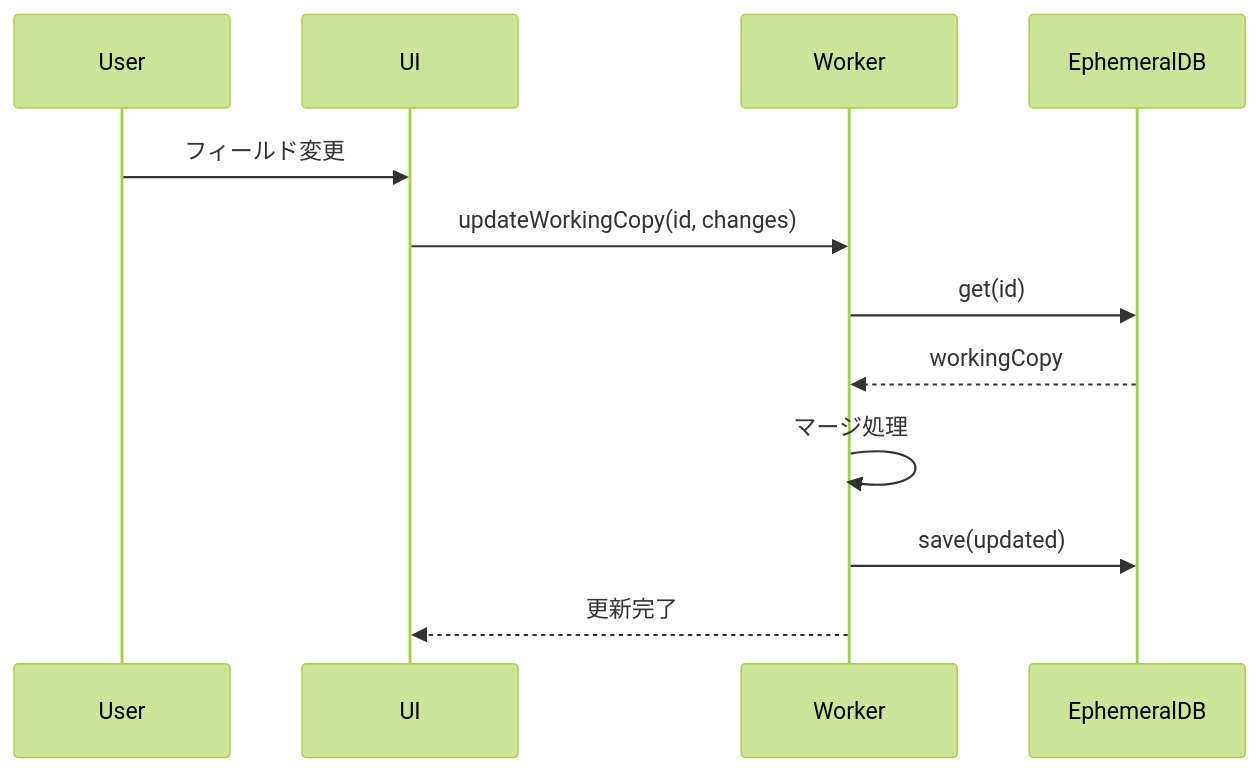
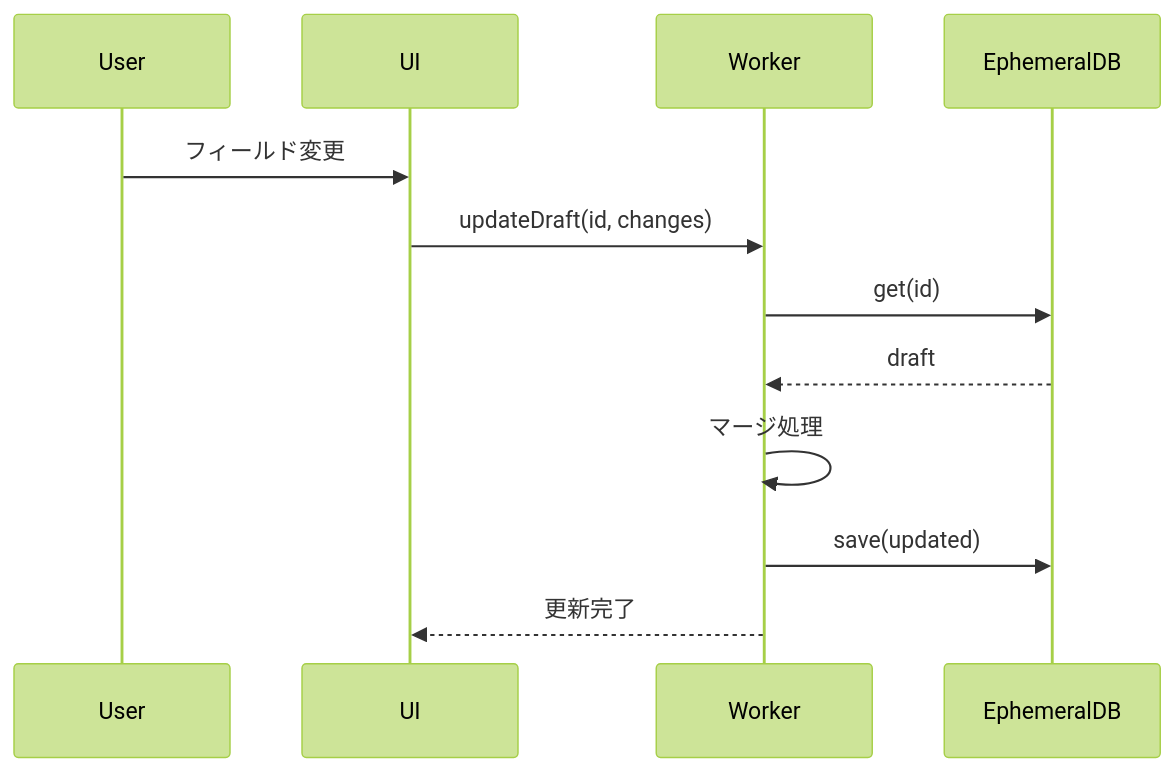
Before and after one commit to kubohiroya/hierarchidb: the second of 3 diagrams in plugins/shape-plugin/docs/WORKING_COPY_PATTERN.md, drawn with Mermaid (forest theme). The commit also changed other lines of this file and 796 other files, not shown here.

````diff
--- a/plugins/shape-plugin/docs/WORKING_COPY_PATTERN.md
+++ b/plugins/shape-plugin/docs/WORKING_COPY_PATTERN.md
@@ -97,15 +97,15 @@
 ```mermaid
 sequenceDiagram
     participant User
     participant UI
     participant Worker
     participant EphemeralDB
     
     User->>UI: フィールド変更
-    UI->>Worker: updateWorkingCopy(id, changes)
+    UI->>Worker: updateDraft(id, changes)
     Worker->>EphemeralDB: get(id)
-    EphemeralDB-->>Worker: workingCopy
+    EphemeralDB-->>Worker: draft
     Worker->>Worker: マージ処理
     Worker->>EphemeralDB: save(updated)
     Worker-->>UI: 更新完了
 ```
````
